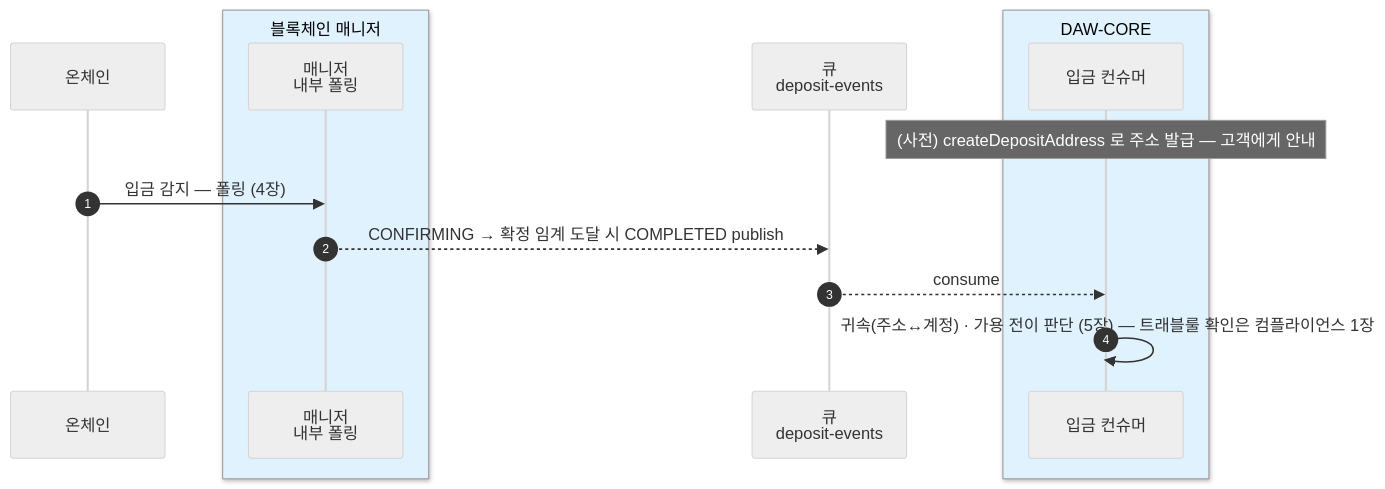
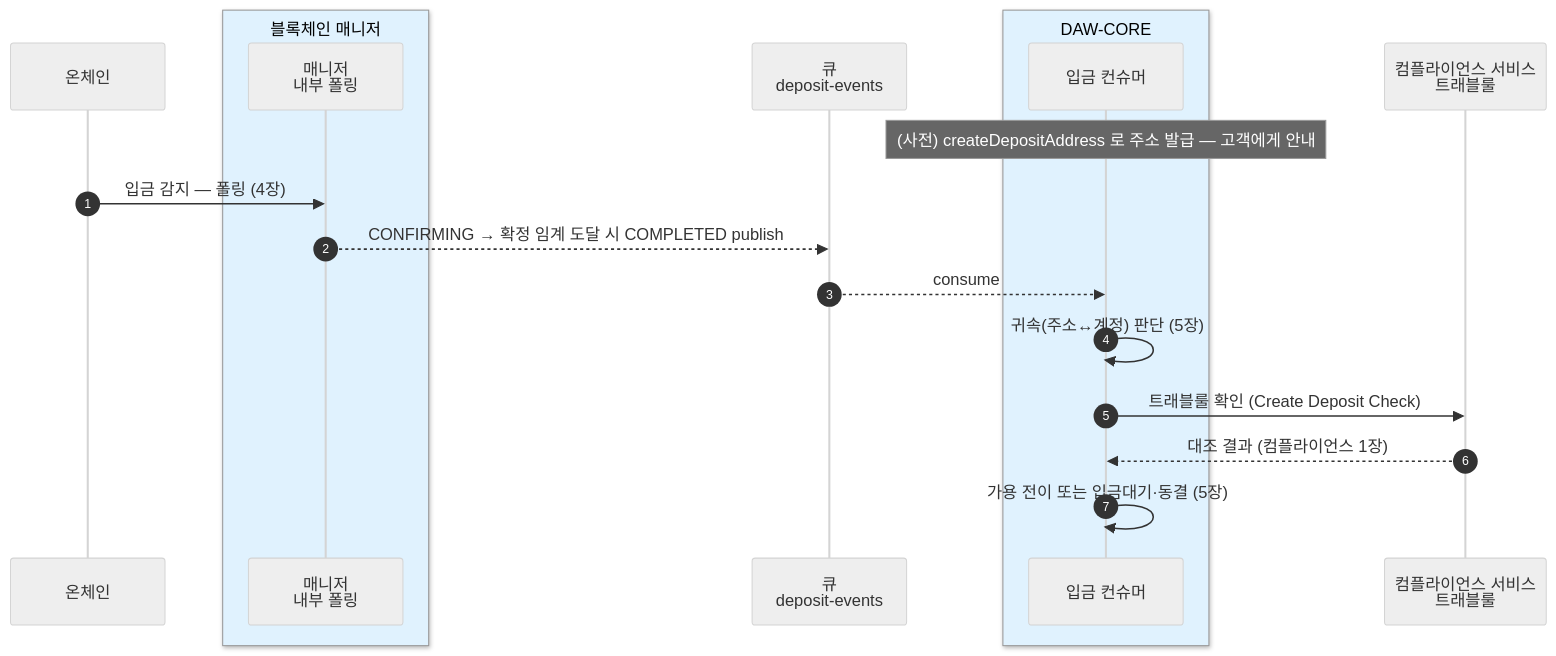
The second of 2 diagrams in blockchain-manager/docs/블록체인매니저/설계/16-interface.md (eunsujeo/eunpus), drawn with Mermaid (neutral theme) before and after one commit. The commit also changed other lines of this file and 1 other file, not shown here.

Commit message:
온보딩 0장 군더더기 절 제거 + 매니저 16장 시퀀스에 컴플라이언스(트래블룰) 추가
- 온보딩 0장: 배포 단위 목록·저장소·열린 결정·관련 절 제거 (한 장 그림·별도 서비스 둘·경계의 요점만 남김)
- 매니저 16장 출금/입금 시퀀스에 컴플라이언스 서비스 참여자 추가 — 출금은 제출 전 트래블룰 확인(verdict·travelRuleMessage), 입금은 Create Deposit Check 단계 명시. 상세는 컴플라이언스 1장 참조

````diff
--- a/blockchain-manager/docs/블록체인매니저/설계/16-interface.md
+++ b/blockchain-manager/docs/블록체인매니저/설계/16-interface.md
@@ -84,18 +88,22 @@
 ```mermaid
 sequenceDiagram
     autonumber
     participant CH as 온체인
     box rgb(224,242,254) 블록체인 매니저
     participant BM as 매니저<br/>내부 폴링
     end
     participant MQ as 큐<br/>deposit-events
     box rgb(224,242,254) DAW-CORE
     participant BE as 입금 컨슈머
     end
+    participant CP as 컴플라이언스 서비스<br/>트래블룰
 
     Note over BE: (사전) createDepositAddress 로 주소 발급 — 고객에게 안내
     CH->>BM: 입금 감지 — 폴링 (4장)
     BM-->>MQ: CONFIRMING → 확정 임계 도달 시 COMPLETED publish
     MQ-->>BE: consume
-    BE->>BE: 귀속(주소↔계정) · 가용 전이 판단 (5장) — 트래블룰 확인은 컴플라이언스 1장
+    BE->>BE: 귀속(주소↔계정) 판단 (5장)
+    BE->>CP: 트래블룰 확인 (Create Deposit Check)
+    CP-->>BE: 대조 결과 (컴플라이언스 1장)
+    BE->>BE: 가용 전이 또는 입금대기·동결 (5장)
 ```
````
